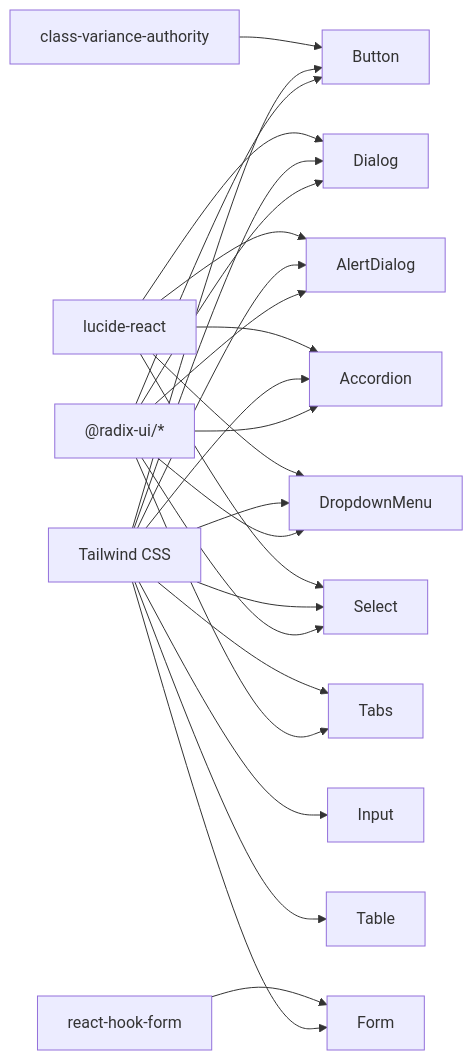
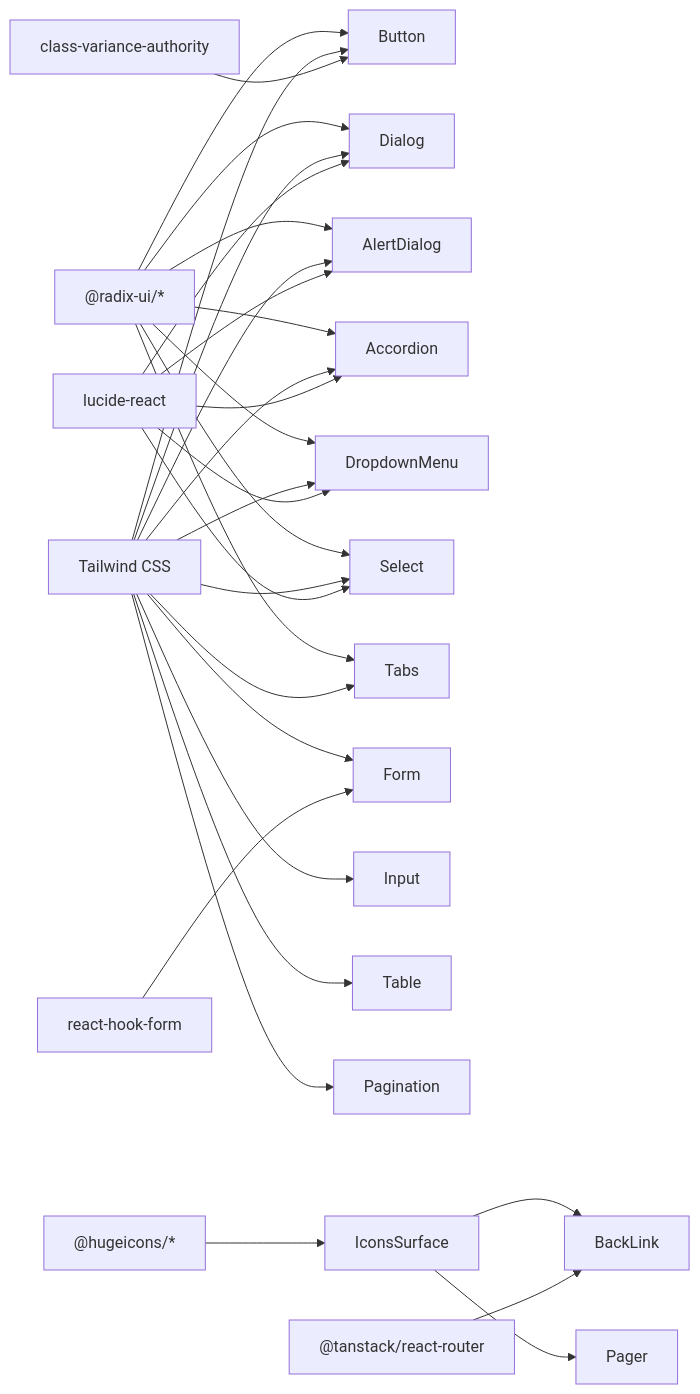
The third of 3 diagrams in .qoder/repowiki/en/content/UI Component Library.md (themclloyd/storq), drawn with Mermaid before and after one commit. The commit also changed other lines of this file and 45 other files, not shown here.

First line of the commit message:
feat(database): enhance POS schema with security and retail operations

````diff
--- a/.qoder/repowiki/en/content/UI Component Library.md
+++ b/.qoder/repowiki/en/content/UI Component Library.md
@@ -352,27 +448,32 @@
 ```mermaid
 graph LR
 Radix["@radix-ui/*"] --> Button
 Radix --> Dialog
 Radix --> AlertDialog
 Radix --> Accordion
 Radix --> DropdownMenu
 Radix --> Select
 Radix --> Tabs
 Tailwind["Tailwind CSS"] --> Button
 Tailwind --> Dialog
 Tailwind --> AlertDialog
 Tailwind --> Form
 Tailwind --> Input
 Tailwind --> Table
 Tailwind --> Accordion
 Tailwind --> DropdownMenu
 Tailwind --> Select
 Tailwind --> Tabs
+Tailwind --> Pagination
 CVA["class-variance-authority"] --> Button
 LHFR["react-hook-form"] --> Form
-Icons["lucide-react"] --> Dialog
-Icons --> AlertDialog
-Icons --> Accordion
-Icons --> DropdownMenu
-Icons --> Select
+Lucide["lucide-react"] --> Dialog
+Lucide --> AlertDialog
+Lucide --> Accordion
+Lucide --> DropdownMenu
+Lucide --> Select
+Hugeicons["@hugeicons/*"] --> IconsSurface
+IconsSurface --> BackLink
+IconsSurface --> Pager
+Router["@tanstack/react-router"] --> BackLink
 ```
````
